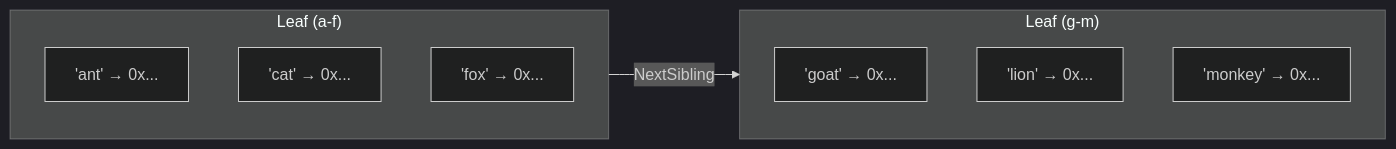
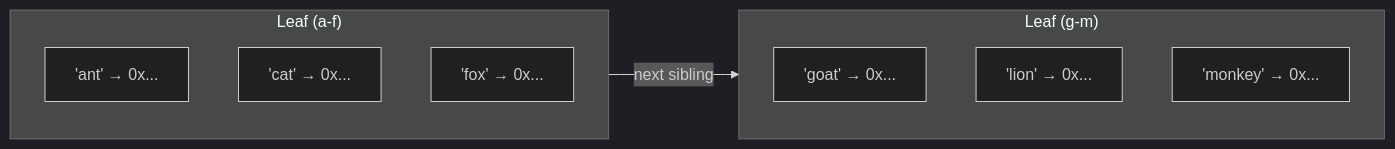
Before and after one commit to NSTA1/Orleans.Lattice: the second of 4 diagrams in docs/lattice/tree-structure.md, drawn with Mermaid (dark theme). The commit also changed other lines of this file and 394 other files, not shown here.

````diff
--- a/docs/lattice/tree-structure.md
+++ b/docs/lattice/tree-structure.md
@@ -41,16 +41,16 @@
 ```mermaid
 flowchart LR
     subgraph Leaf1["Leaf (a-f)"]
         E1["'ant' → 0x..."]
         E2["'cat' → 0x..."]
         E3["'fox' → 0x..."]
     end
 
     subgraph Leaf2["Leaf (g-m)"]
         E4["'goat' → 0x..."]
         E5["'lion' → 0x..."]
         E6["'monkey' → 0x..."]
     end
 
-    Leaf1 -- "NextSibling" --> Leaf2
+    Leaf1 -- "next sibling" --> Leaf2
 ```
````
